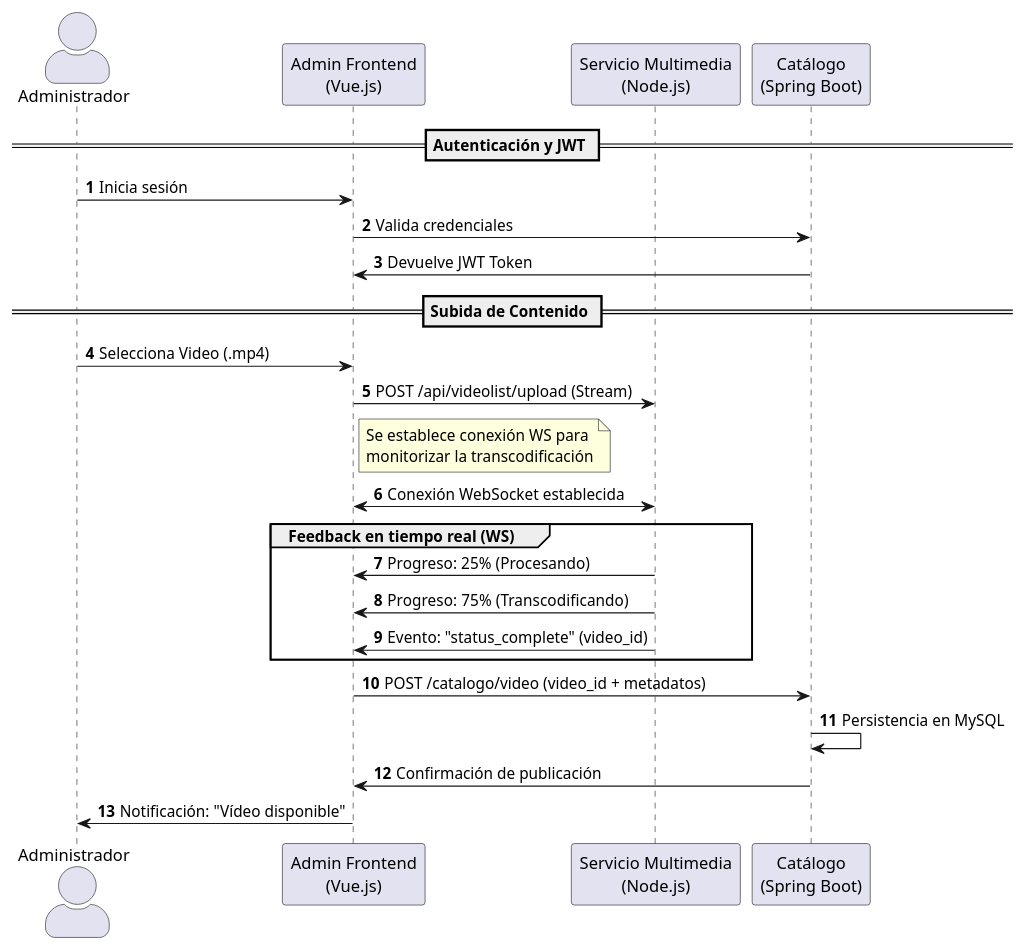
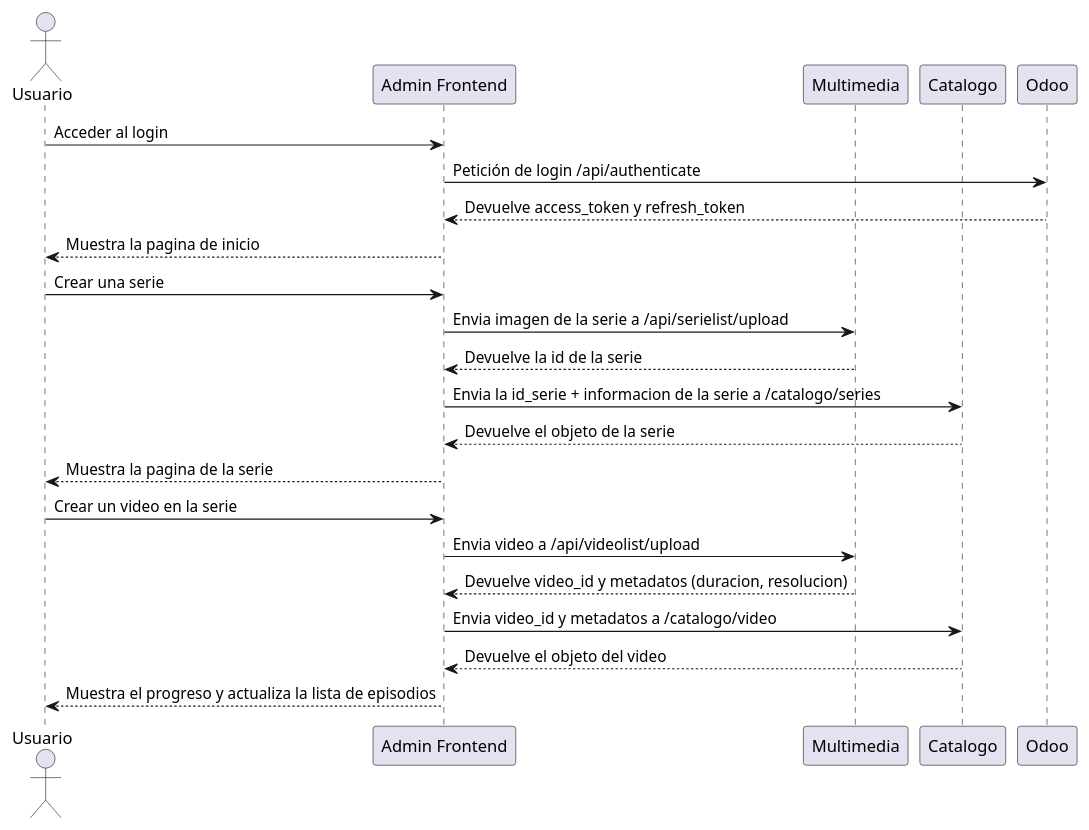
The first of 2 diagrams in Documentacion/docs/index.md (AndreuBG/Justflix_ENV), drawn with PlantUML before and after one commit. The commit also changed other lines of this file and 2 other files, not shown here.

````diff
--- a/Documentacion/docs/index.md
+++ b/Documentacion/docs/index.md
@@ -36,39 +36,35 @@
 ```puml
 @startuml
-skinparam actorStyle awesome
-autonumber
 
-actor "Administrador" as admin
-participant "Admin Frontend\n(Vue.js)" as vue
-participant "Servicio Multimedia\n(Node.js)" as media
-participant "Catálogo\n(Spring Boot)" as cat
+actor "Usuario" as user
 
-== Autenticación y JWT ==
-admin -> vue: Inicia sesión
-vue -> cat: Valida credenciales
-cat -> vue: Devuelve JWT Token
+participant "Admin Frontend" as admin
+participant "Multimedia" as multimedia
+participant "Catalogo" as catalogo
+participant "Odoo" as odoo
 
-== Subida de Contenido ==
-admin -> vue: Selecciona Video (.mp4)
-vue -> media: POST /api/videolist/upload (Stream)
+user -> admin : Acceder al login
 
-note right of vue
-  Se establece conexión WS para
-  monitorizar la transcodificación
-end note
+admin -> odoo: Petición de login /api/authenticate
+admin <-- odoo: Devuelve access_token y refresh_token
 
-vue <-> media: Conexión WebSocket establecida
+user <-- admin : Muestra la pagina de inicio
 
-group Feedback en tiempo real (WS)
-    media -> vue: Progreso: 25% (Procesando)
-    media -> vue: Progreso: 75% (Transcodificando)
-    media -> vue: Evento: "status_complete" (video_id)
-end
+user -> admin : Crear una serie
+admin -> multimedia: Envia imagen de la serie a /api/serielist/upload
+admin <-- multimedia: Devuelve la id de la serie
+admin -> catalogo: Envia la id_serie + informacion de la serie a /catalogo/series
+admin <-- catalogo: Devuelve el objeto de la serie
 
-vue -> cat: POST /catalogo/video (video_id + metadatos)
-cat -> cat: Persistencia en MySQL
-cat -> vue: Confirmación de publicación
+user <-- admin : Muestra la pagina de la serie
 
-vue -> admin: Notificación: "Vídeo disponible"
+user -> admin : Crear un video en la serie
+admin -> multimedia: Envia video a /api/videolist/upload
+admin <-- multimedia: Devuelve video_id y metadatos (duracion, resolucion)
+admin -> catalogo: Envia video_id y metadatos a /catalogo/video
+admin <-- catalogo: Devuelve el objeto del video
+
+user <-- admin : Muestra el progreso y actualiza la lista de episodios
+
 @enduml
 ```
````
